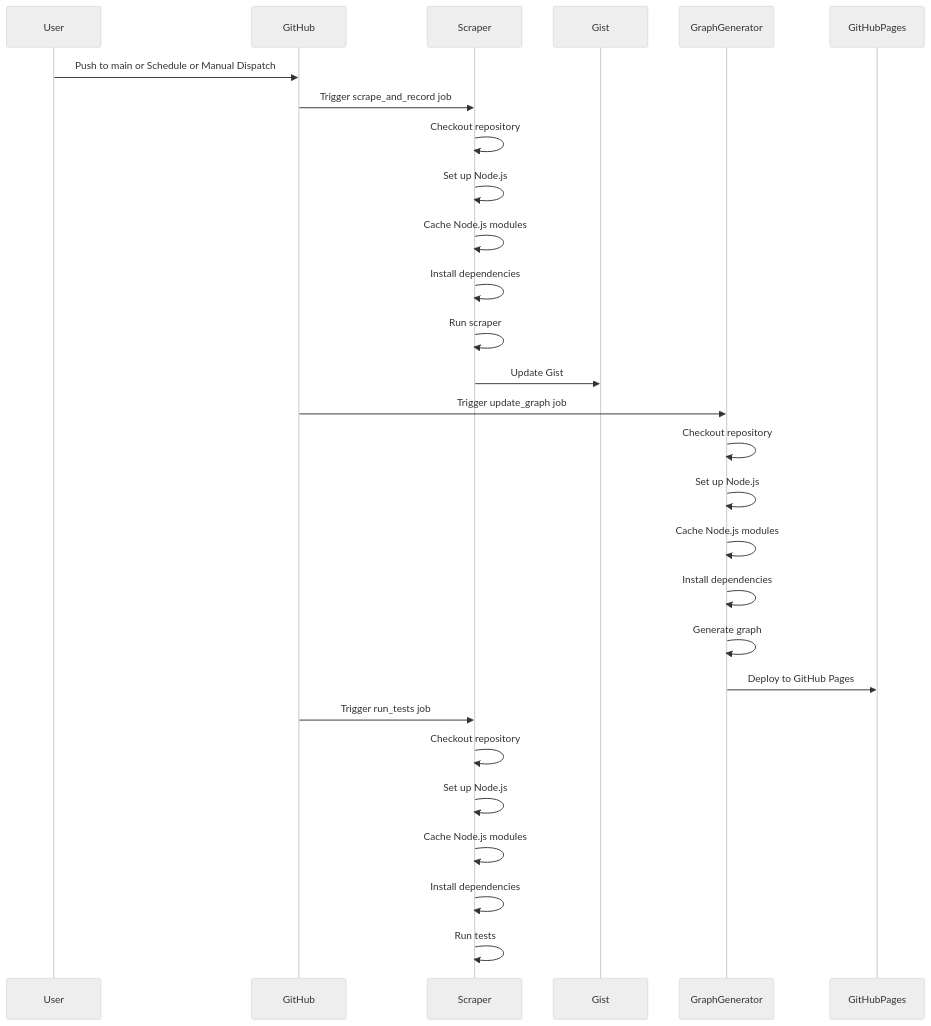
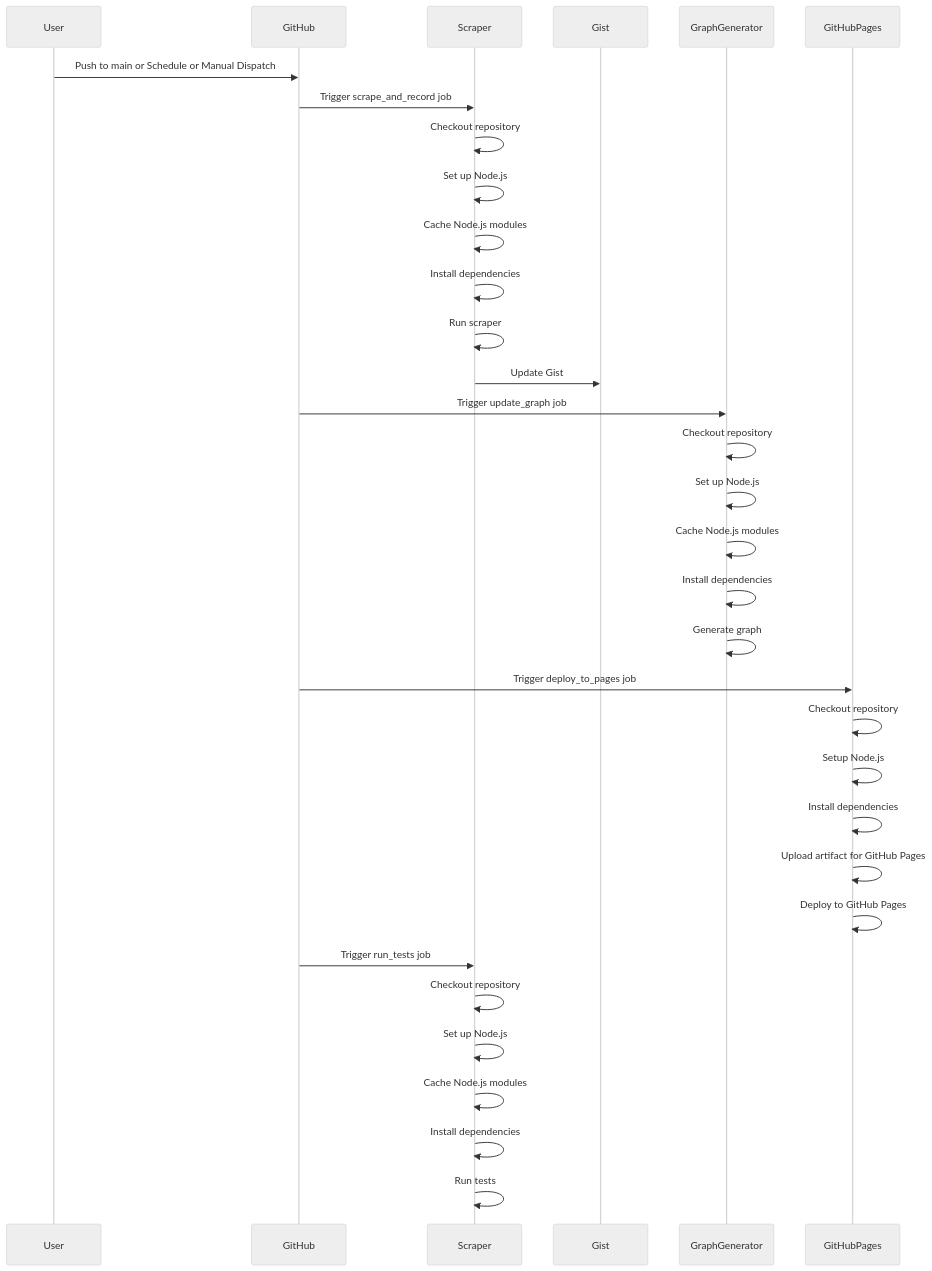
Before and after one commit to yasugahira0810/UCSSMonitor: the diagram in mermaid_flowchart.md, drawn with Mermaid (neutral theme). The commit also changed 1 other file, not shown here.

Commit message:
Update mermaid flowchart

````diff
--- a/mermaid_flowchart.md
+++ b/mermaid_flowchart.md
@@ -1,31 +1,36 @@
 ```mermaid
 sequenceDiagram
     participant User
     participant GitHub
     participant Scraper
     participant Gist
     participant GraphGenerator
     participant GitHubPages
 
     User->>GitHub: Push to main or Schedule or Manual Dispatch
     GitHub->>Scraper: Trigger scrape_and_record job
     Scraper->>Scraper: Checkout repository
     Scraper->>Scraper: Set up Node.js
     Scraper->>Scraper: Cache Node.js modules
     Scraper->>Scraper: Install dependencies
     Scraper->>Scraper: Run scraper
     Scraper->>Gist: Update Gist
     GitHub->>GraphGenerator: Trigger update_graph job
     GraphGenerator->>GraphGenerator: Checkout repository
     GraphGenerator->>GraphGenerator: Set up Node.js
     GraphGenerator->>GraphGenerator: Cache Node.js modules
     GraphGenerator->>GraphGenerator: Install dependencies
     GraphGenerator->>GraphGenerator: Generate graph
-    GraphGenerator->>GitHubPages: Deploy to GitHub Pages
+    GitHub->>GitHubPages: Trigger deploy_to_pages job
+    GitHubPages->>GitHubPages: Checkout repository
+    GitHubPages->>GitHubPages: Setup Node.js
+    GitHubPages->>GitHubPages: Install dependencies
+    GitHubPages->>GitHubPages: Upload artifact for GitHub Pages
+    GitHubPages->>GitHubPages: Deploy to GitHub Pages
     GitHub->>Scraper: Trigger run_tests job
     Scraper->>Scraper: Checkout repository
     Scraper->>Scraper: Set up Node.js
     Scraper->>Scraper: Cache Node.js modules
     Scraper->>Scraper: Install dependencies
     Scraper->>Scraper: Run tests
 ```
````
